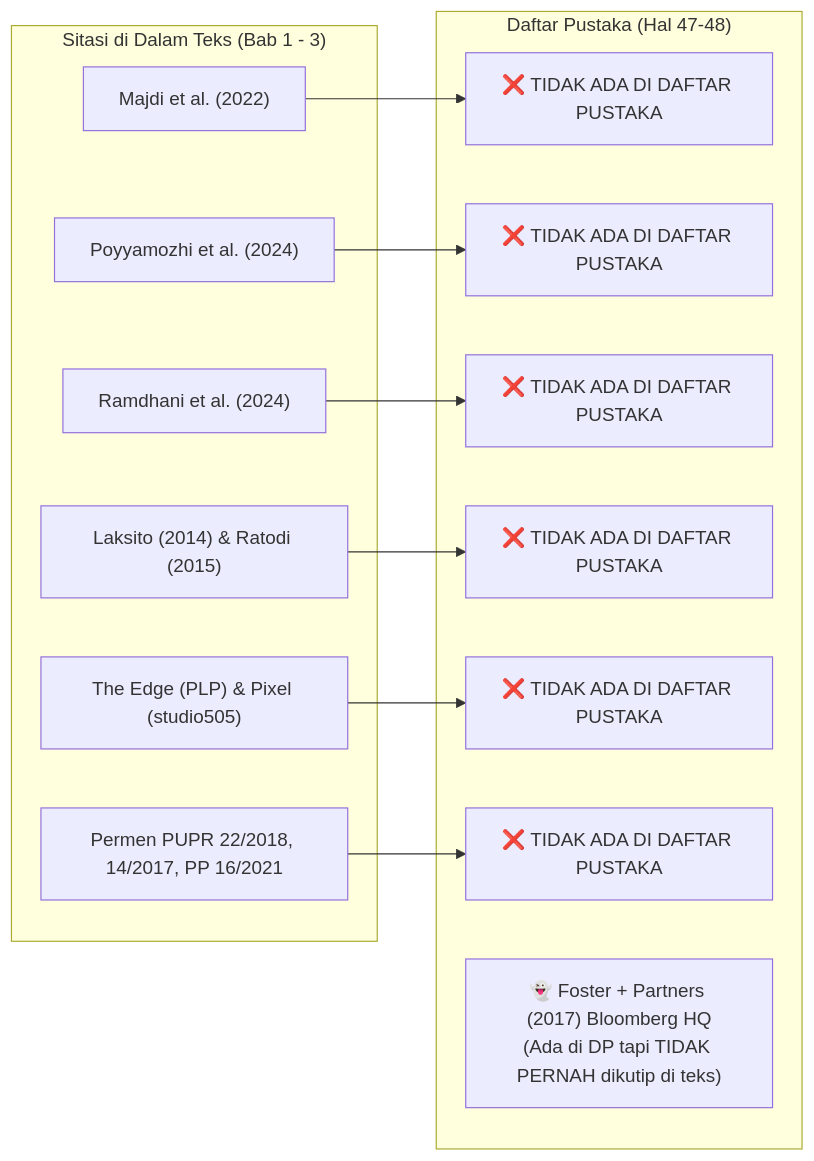
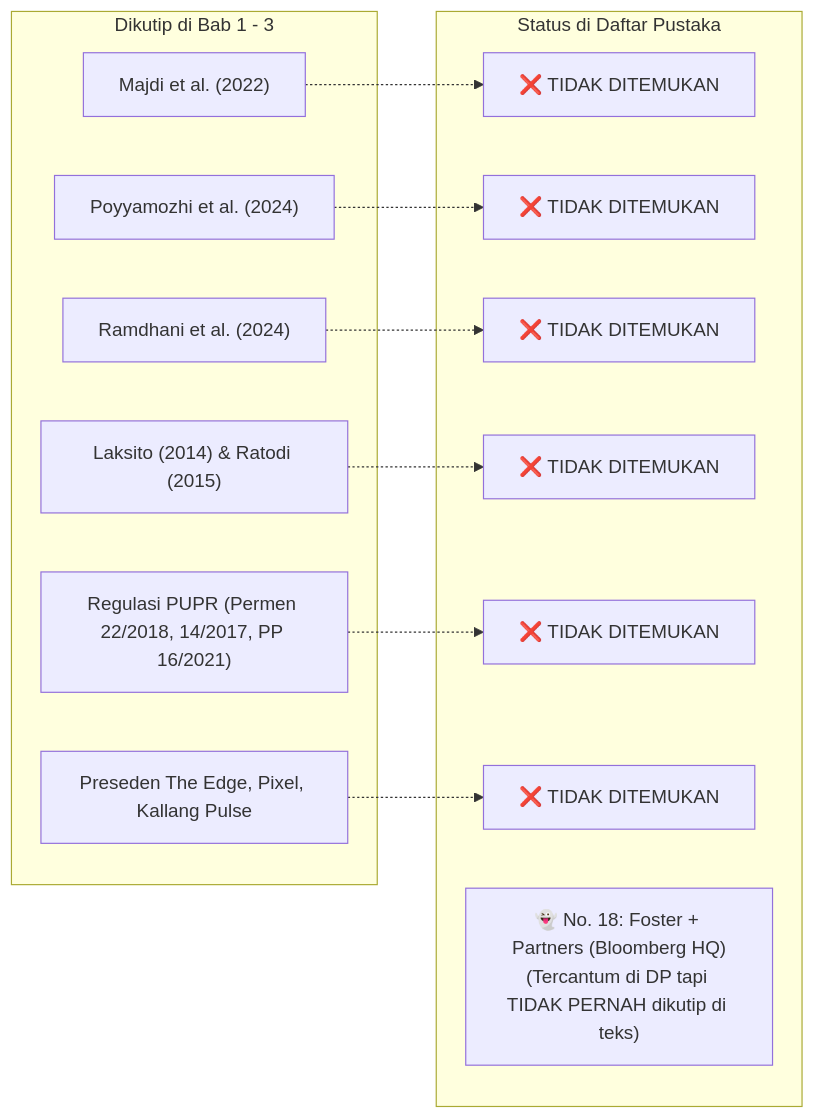
The first of 2 diagrams in audit_mahasiswa/laporan_audit_seminar_arsitektur_arya_rizqi_putra_mahardika.md (antonprafanto/thesis-consultation), drawn with Mermaid before and after one commit. The commit also changed other lines of this file, not shown here.

Commit message:
docs(audit): perluas audit paripurna Arya Rizqi - anomali sitasi, cacat layout tabel & ISO 52120

````diff
--- a/audit_mahasiswa/laporan_audit_seminar_arsitektur_arya_rizqi_putra_mahardika.md
+++ b/audit_mahasiswa/laporan_audit_seminar_arsitektur_arya_rizqi_putra_mahardika.md
@@ -75,28 +90,28 @@
 ```mermaid
-graph LR
-    subgraph TEKS_BAB_1_3["Sitasi di Dalam Teks (Bab 1 - 3)"]
-        T1["Majdi et al. (2022)"]
-        T2["Poyyamozhi et al. (2024)"]
-        T3["Ramdhani et al. (2024)"]
-        T4["Laksito (2014) & Ratodi (2015)"]
-        T5["The Edge (PLP) & Pixel (studio505)"]
-        T6["Permen PUPR 22/2018, 14/2017, PP 16/2021"]
-    end
-    
-    subgraph DAFTAR_PUSTAKA["Daftar Pustaka (Hal 47-48)"]
-        DP1["❌ TIDAK ADA DI DAFTAR PUSTAKA"]
-        DP2["❌ TIDAK ADA DI DAFTAR PUSTAKA"]
-        DP3["❌ TIDAK ADA DI DAFTAR PUSTAKA"]
-        DP4["❌ TIDAK ADA DI DAFTAR PUSTAKA"]
-        DP5["❌ TIDAK ADA DI DAFTAR PUSTAKA"]
-        DP6["❌ TIDAK ADA DI DAFTAR PUSTAKA"]
-        GHOST["👻 Foster + Partners (2017) Bloomberg HQ<br/>(Ada di DP tapi TIDAK PERNAH dikutip di teks)"]
+flowchart LR
+    subgraph KUTIPAN_TEKS["Dikutip di Bab 1 - 3"]
+        A1["Majdi et al. (2022)"]
+        A2["Poyyamozhi et al. (2024)"]
+        A3["Ramdhani et al. (2024)"]
+        A4["Laksito (2014) & Ratodi (2015)"]
+        A5["Regulasi PUPR (Permen 22/2018, 14/2017, PP 16/2021)"]
+        A6["Preseden The Edge, Pixel, Kallang Pulse"]
     end
 
-    T1 --> DP1
-    T2 --> DP2
-    T3 --> DP3
-    T4 --> DP4
-    T5 --> DP5
-    T6 --> DP6
+    subgraph DAFTAR_PUSTAKA["Status di Daftar Pustaka"]
+        B1["❌ TIDAK DITEMUKAN"]
+        B2["❌ TIDAK DITEMUKAN"]
+        B3["❌ TIDAK DITEMUKAN"]
+        B4["❌ TIDAK DITEMUKAN"]
+        B5["❌ TIDAK DITEMUKAN"]
+        B6["❌ TIDAK DITEMUKAN"]
+        GHOST["👻 No. 18: Foster + Partners (Bloomberg HQ)<br/>(Tercantum di DP tapi TIDAK PERNAH dikutip di teks)"]
+    end
+
+    A1 -.-> B1
+    A2 -.-> B2
+    A3 -.-> B3
+    A4 -.-> B4
+    A5 -.-> B5
+    A6 -.-> B6
 ```
````
